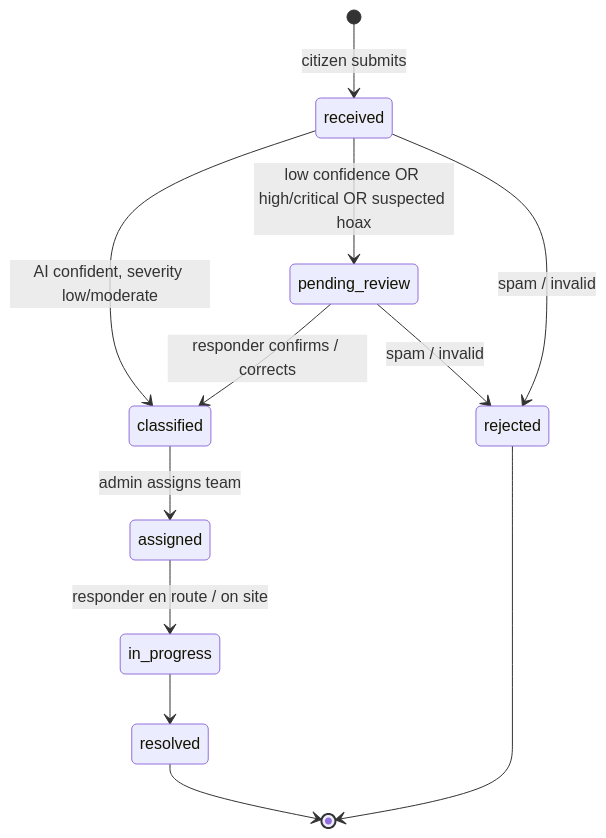
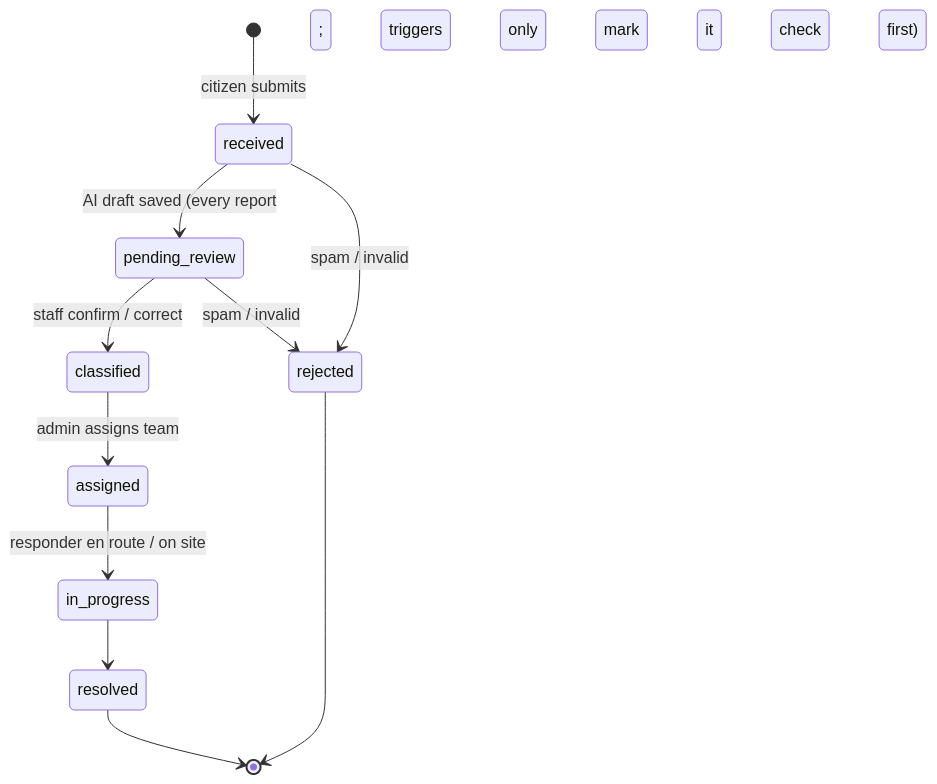
One commit to helidastar/SAGIP-AI changed the second of 8 diagrams in docs/DOCUMENTATION.md. Above: the diagram before and after it, drawn with Mermaid. The commit also changed other lines of this file and 13 other files, not shown here.

Commit message:
feat(review): every report goes to a person first with an AI draft and draft priority score

````diff
--- a/docs/DOCUMENTATION.md
+++ b/docs/DOCUMENTATION.md
@@ -157,14 +159,13 @@
 ```mermaid
 stateDiagram-v2
     [*] --> received: citizen submits
-    received --> classified: AI confident, severity low/moderate
-    received --> pending_review: low confidence OR high/critical OR suspected hoax
-    pending_review --> classified: responder confirms / corrects
+    received --> pending_review: AI draft saved (every report; triggers only mark it check first)
+    pending_review --> classified: staff confirm / correct
     classified --> assigned: admin assigns team
     assigned --> in_progress: responder en route / on site
     in_progress --> resolved
     received --> rejected: spam / invalid
     pending_review --> rejected: spam / invalid
     resolved --> [*]
     rejected --> [*]
 ```
````
